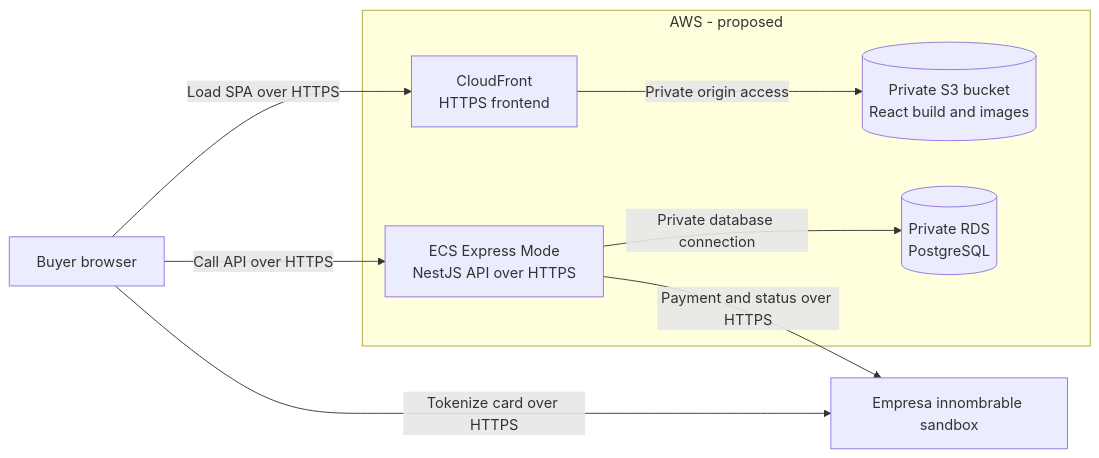
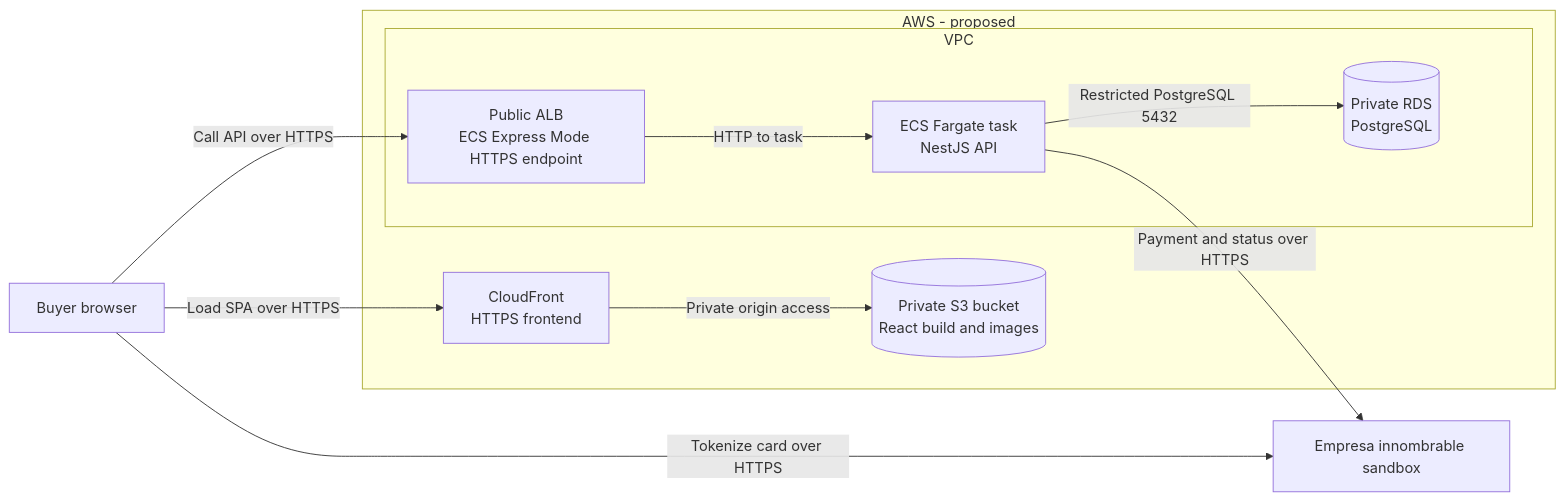
One commit to alexanderbeleno16/product-payment changed the fifth of 5 diagrams in README.md. Above: the diagram before and after it, drawn with Mermaid. The commit also changed other lines of this file, not shown here.

Commit message:
docs(architecture): clarify AWS network boundaries

````diff
--- a/README.md
+++ b/README.md
@@ -170,19 +170,23 @@
 ```mermaid
 flowchart LR
     Browser[Buyer browser]
     Provider[Empresa innombrable sandbox]
 
     subgraph AWS["AWS - proposed"]
         CloudFront[CloudFront<br/>HTTPS frontend]
         S3[(Private S3 bucket<br/>React build and images)]
-        ECS[ECS Express Mode<br/>NestJS API over HTTPS]
-        RDS[(Private RDS<br/>PostgreSQL)]
+        subgraph VPC["VPC"]
+            ALB[Public ALB<br/>ECS Express Mode HTTPS endpoint]
+            ECS[ECS Fargate task<br/>NestJS API]
+            RDS[(Private RDS<br/>PostgreSQL)]
+        end
     end
 
     Browser -->|Load SPA over HTTPS| CloudFront
     CloudFront -->|Private origin access| S3
-    Browser -->|Call API over HTTPS| ECS
+    Browser -->|Call API over HTTPS| ALB
+    ALB -->|HTTP to task| ECS
     Browser -->|Tokenize card over HTTPS| Provider
-    ECS -->|Private database connection| RDS
+    ECS -->|Restricted PostgreSQL 5432| RDS
     ECS -->|Payment and status over HTTPS| Provider
 ```
````
